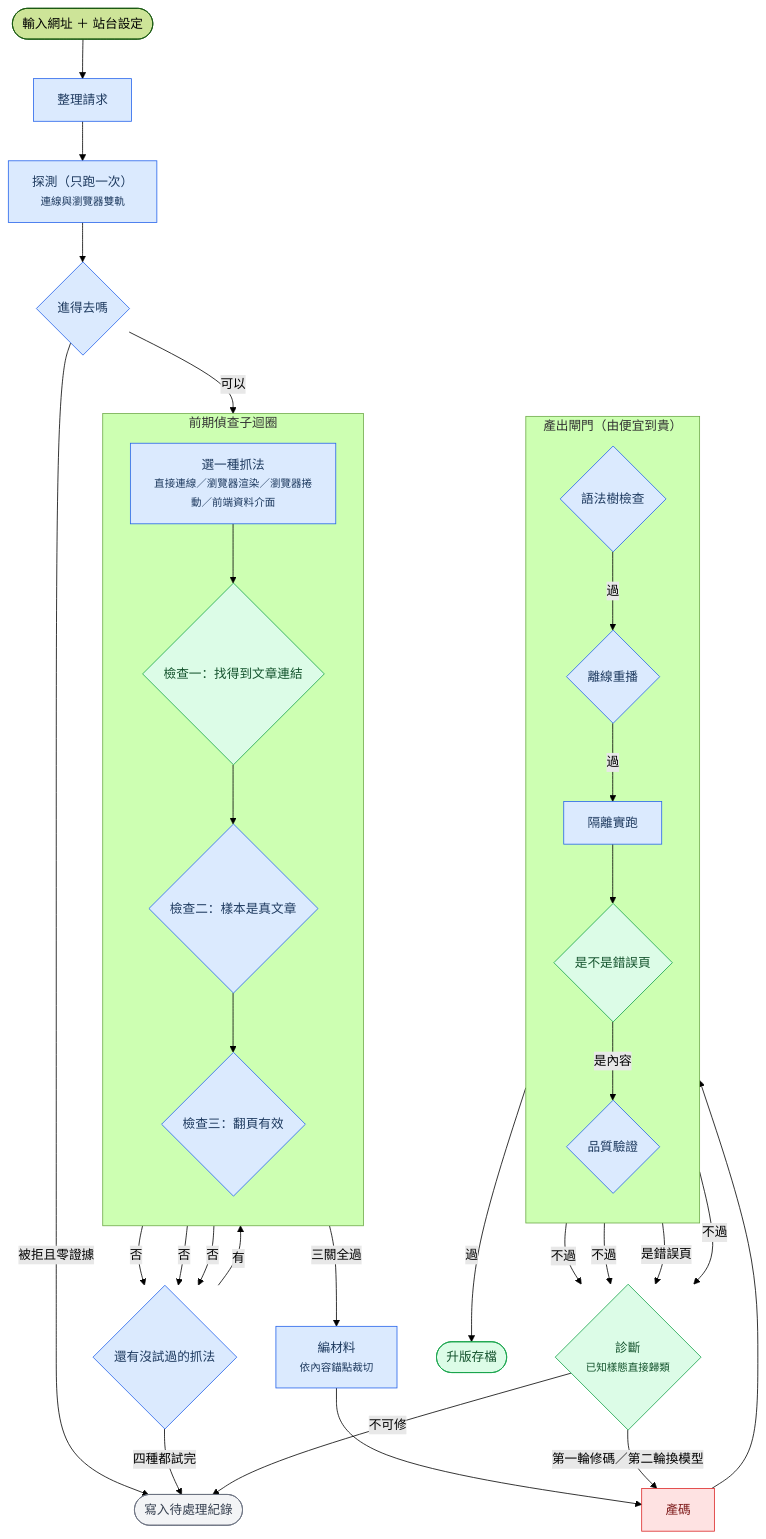
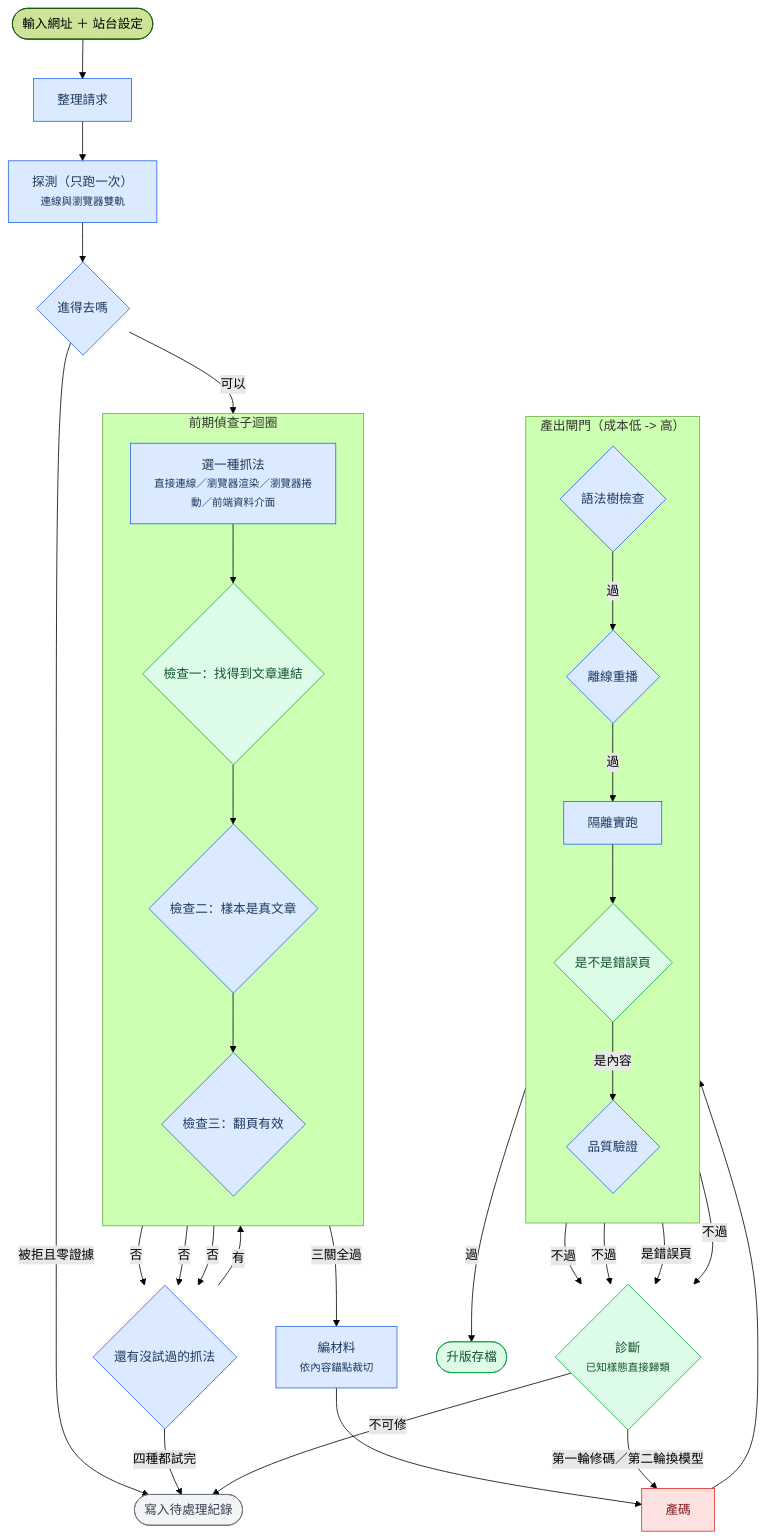
One commit to haoagentuse-glitch/SpiderForge changed the diagram in README.md. Above: the diagram before and after it, drawn with Mermaid (forest theme). The commit also changed other lines of this file and 2 other files, not shown here.

````diff
--- a/README.md
+++ b/README.md
@@ -27,58 +27,58 @@
 ```mermaid
 flowchart TD
     IN([輸入網址 ＋ 站台設定]) --> prep
 
     prep["整理請求"]:::prog
     probe["探測（只跑一次）<br/><small>連線與瀏覽器雙軌</small>"]:::prog
     entry{"進得去嗎"}:::prog
     more{"還有沒試過的抓法"}:::prog
     pack["編材料<br/><small>依內容錨點裁切</small>"]:::prog
     gen["產碼"]:::paid
     diag{"診斷<br/><small>已知樣態直接歸類</small>"}:::mixed
 
     prep --> probe --> entry
     entry -->|"被拒且零證據"| dead([寫入待處理紀錄]):::stop
     entry -->|可以| pick
 
     subgraph LOOP["前期偵查子迴圈"]
         direction TB
         pick["選一種抓法<br/><small>直接連線／瀏覽器渲染／瀏覽器捲動／前端資料介面</small>"]:::prog
         c1{"檢查一：找得到文章連結"}:::mixed
         c2{"檢查二：樣本是真文章"}:::prog
         c3{"檢查三：翻頁有效"}:::prog
         pick --> c1 --> c2 --> c3
     end
 
     c1 -->|否| more
     c2 -->|否| more
     c3 -->|否| more
     more -->|有| pick
     more -->|"四種都試完"| dead
     c3 -->|"三關全過"| pack --> gen
 
-    subgraph GATE["產出閘門（由便宜到貴）"]
+    subgraph GATE["產出閘門（成本低 -> 高）"]
         direction TB
         g1{"語法樹檢查"}:::prog
         g2{"離線重播"}:::prog
         g3["隔離實跑"]:::prog
         g4{"是不是錯誤頁"}:::mixed
         g5{"品質驗證"}:::prog
         g1 -->|過| g2 -->|過| g3 --> g4 -->|是內容| g5
     end
 
     gen --> g1
     g1 -->|不過| diag
     g2 -->|不過| diag
     g4 -->|是錯誤頁| diag
     g5 -->|不過| diag
     g5 -->|過| ship([升版存檔]):::ok
 
     diag -->|不可修| dead
     diag -->|"第一輪修碼／第二輪換模型"| gen
 
     classDef prog fill:#dbeafe,stroke:#2563eb,color:#1e3a5f
     classDef mixed fill:#dcfce7,stroke:#16a34a,color:#14532d
     classDef paid fill:#fee2e2,stroke:#dc2626,color:#7f1d1d
     classDef stop fill:#f3f4f6,stroke:#6b7280,color:#374151
     classDef ok fill:#dcfce7,stroke:#16a34a,color:#14532d
 ```
````
